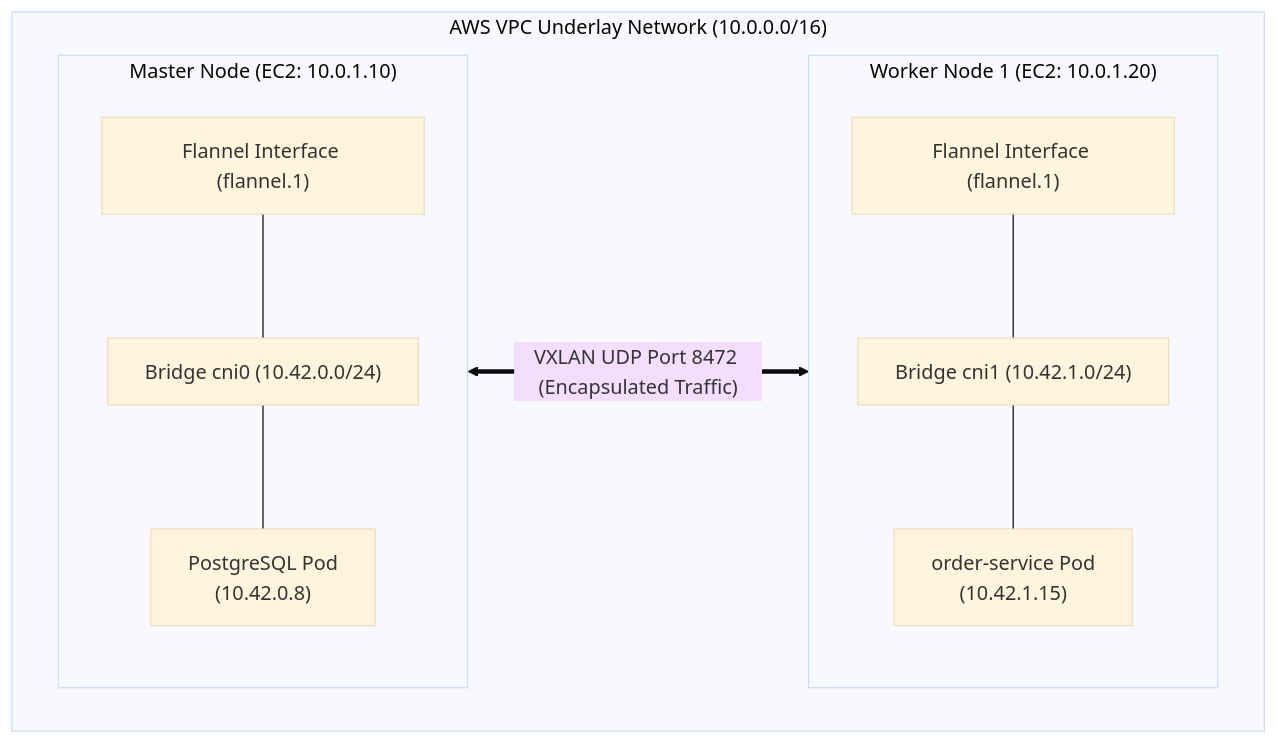
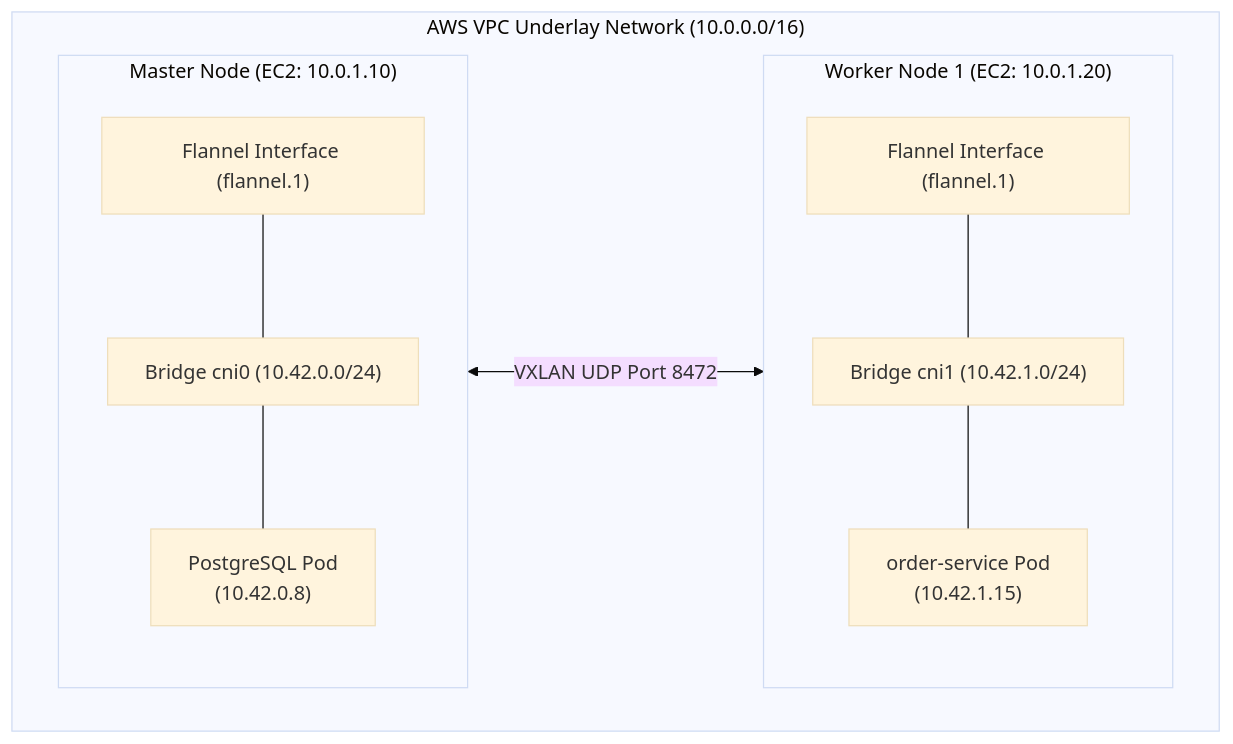
The ninth of 15 diagrams in docs/cloud-deployment-and-devops-guide.md (AY2627S1-CS3219-P25/friend-on-campus), drawn with Mermaid (base theme) before and after one commit. The commit also changed other lines of this file, not shown here.

Commit message:
fix(docs): resolve Mermaid parse error in Section 2.5 diagram and harden chart syntax

````diff
--- a/docs/cloud-deployment-and-devops-guide.md
+++ b/docs/cloud-deployment-and-devops-guide.md
@@ -635,20 +635,20 @@
 ```mermaid
 flowchart TD
     subgraph VPC["AWS VPC Underlay Network (10.0.0.0/16)"]
         subgraph MasterEC2["Master Node (EC2: 10.0.1.10)"]
             F0["Flannel Interface (flannel.1)"]
             cni0["Bridge cni0 (10.42.0.0/24)"]
             PodDB["PostgreSQL Pod<br/>(10.42.0.8)"]
             F0 --- cni0 --- PodDB
         end
 
         subgraph WorkerEC2["Worker Node 1 (EC2: 10.0.1.20)"]
             F1["Flannel Interface (flannel.1)"]
             cni1["Bridge cni1 (10.42.1.0/24)"]
             PodOrder["order-service Pod<br/>(10.42.1.15)"]
             F1 --- cni1 --- PodOrder
         end
 
-        MasterEC2 <==>|"VXLAN UDP Port 8472 (Encapsulated Traffic)"| WorkerEC2
+        MasterEC2 <-->|VXLAN UDP Port 8472| WorkerEC2
     end
 ```
````
